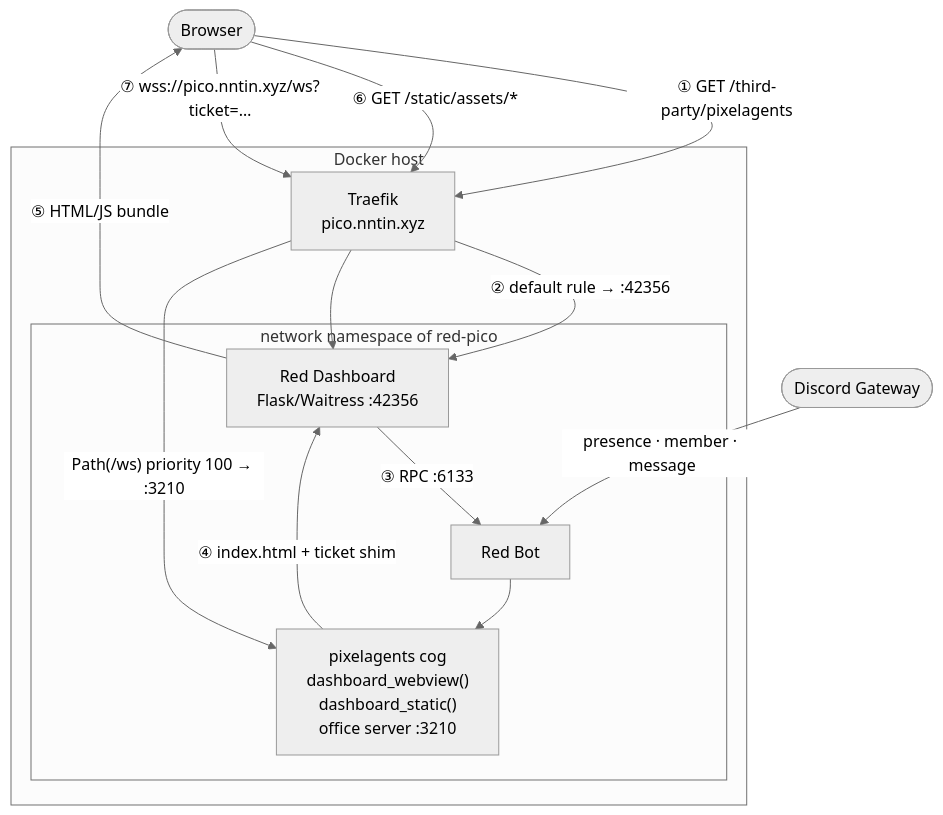
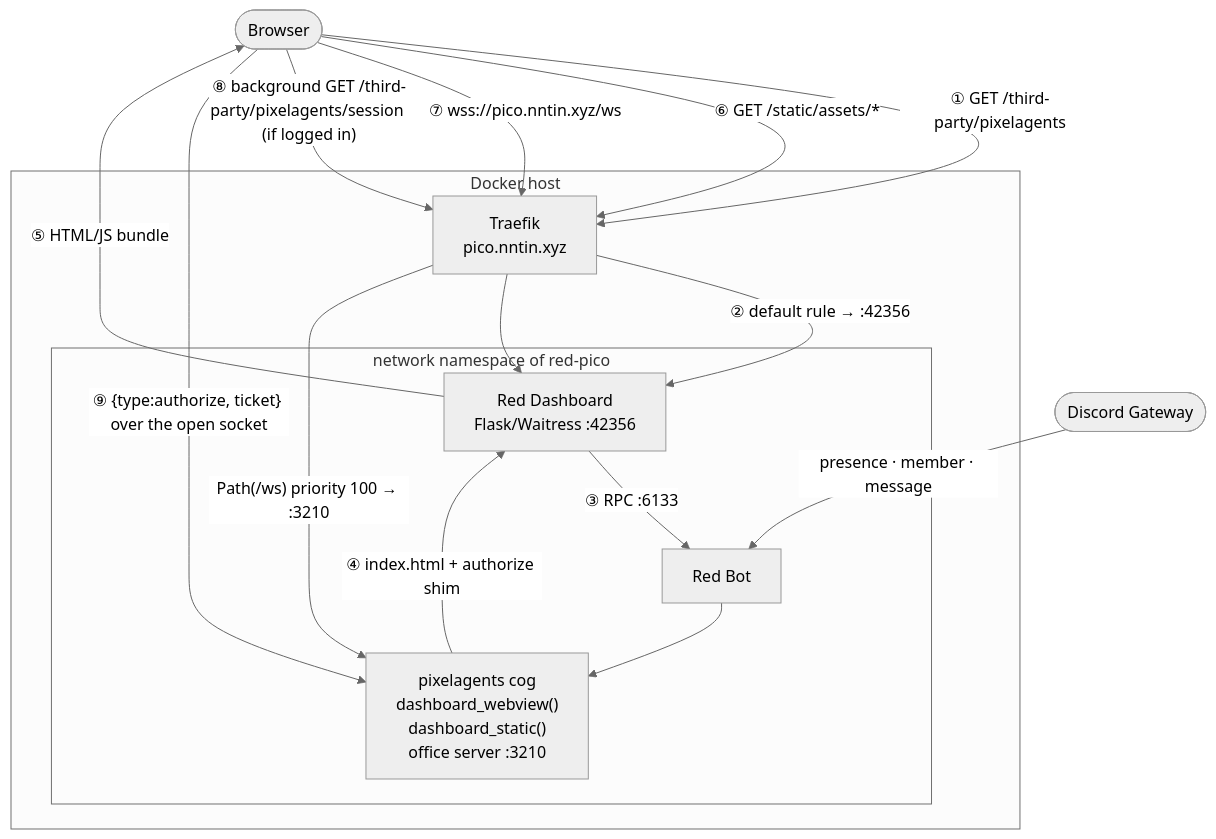
One commit to NNTin/d-cogs changed the diagram in pixelagents/Architecture.md. Above: the diagram before and after it, drawn with Mermaid (neutral theme). The commit also changed other lines of this file and 2 other files, not shown here.

````diff
--- a/pixelagents/Architecture.md
+++ b/pixelagents/Architecture.md
@@ -22,30 +22,32 @@
 ```mermaid
 flowchart TD
     Browser(["Browser"])
     Discord(["Discord Gateway"])
 
     subgraph docker["Docker host"]
         Traefik["Traefik<br/>pico.nntin.xyz"]
 
         subgraph ns["network namespace of red-pico"]
             Dashboard["Red Dashboard<br/>Flask/Waitress :42356"]
             Bot["Red Bot"]
             Cog["pixelagents cog<br/>dashboard_webview()<br/>dashboard_static()<br/>office server :3210"]
         end
     end
 
     Browser -- "① GET /third-party/pixelagents" --> Traefik
     Traefik -- "② default rule → :42356" --> Dashboard
     Dashboard -- "③ RPC :6133" --> Bot
     Bot --> Cog
-    Cog -- "④ index.html + ticket shim" --> Dashboard
+    Cog -- "④ index.html + authorize shim" --> Dashboard
     Dashboard -- "⑤ HTML/JS bundle" --> Browser
 
     Browser -- "⑥ GET /static/assets/*" --> Traefik
     Traefik --> Dashboard
 
-    Browser -- "⑦ wss://pico.nntin.xyz/ws?ticket=…" --> Traefik
+    Browser -- "⑦ wss://pico.nntin.xyz/ws" --> Traefik
     Traefik -- "Path(/ws) priority 100 → :3210" --> Cog
+    Browser -- "⑧ background GET /third-party/pixelagents/session (if logged in)" --> Traefik
+    Browser -- "⑨ {type:authorize, ticket} over the open socket" --> Cog
 
     Discord -- "presence · member · message" --> Bot
 ```
````
